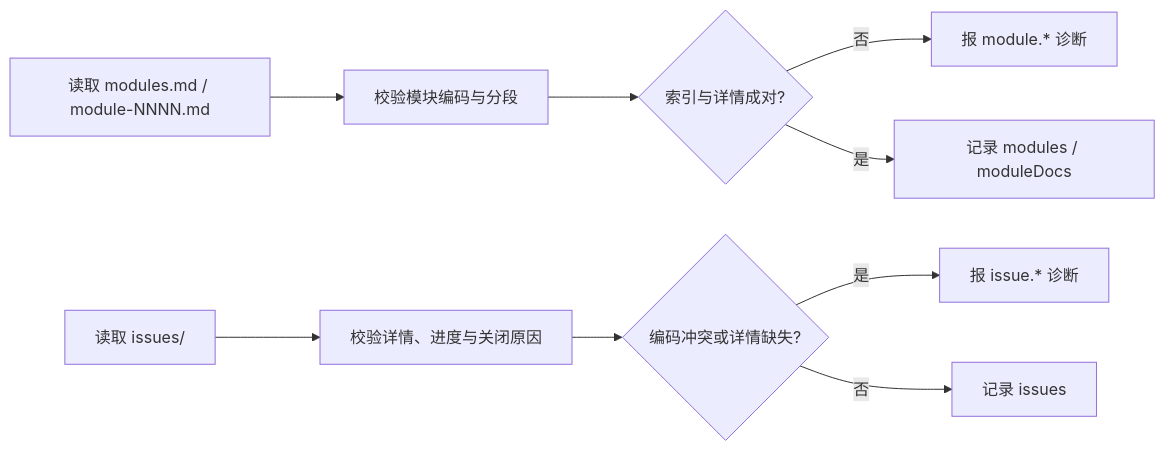
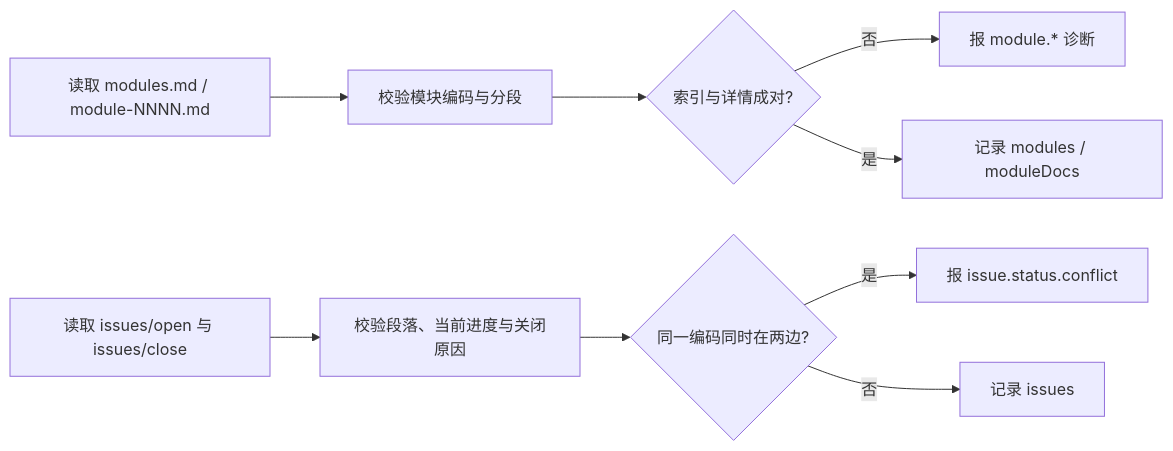
Before and after one commit to Cangjier/coder: the sixth of 10 diagrams in .coder/design/architecture.md, drawn with Mermaid. The commit also changed other lines of this file and 19 other files, not shown here.

First line of the commit message:
feat: 问题文件改为 open/close 文件夹，一项一文件

````diff
--- a/.coder/design/architecture.md
+++ b/.coder/design/architecture.md
@@ -109,11 +109,11 @@
 ```mermaid
 flowchart LR
   A[读取 modules.md / module-NNNN.md] --> B[校验模块编码与分段]
   B --> C{索引与详情成对?}
   C -- 否 --> D[报 module.* 诊断]
   C -- 是 --> E[记录 modules / moduleDocs]
-  F[读取 issues/] --> G[校验详情、进度与关闭原因]
-  G --> H{编码冲突或详情缺失?}
-  H -- 是 --> I[报 issue.* 诊断]
+  F[读取 issues/open 与 issues/close] --> G[校验段落、当前进度与关闭原因]
+  G --> H{同一编码同时在两边?}
+  H -- 是 --> I[报 issue.status.conflict]
   H -- 否 --> J[记录 issues]
 ```
````
